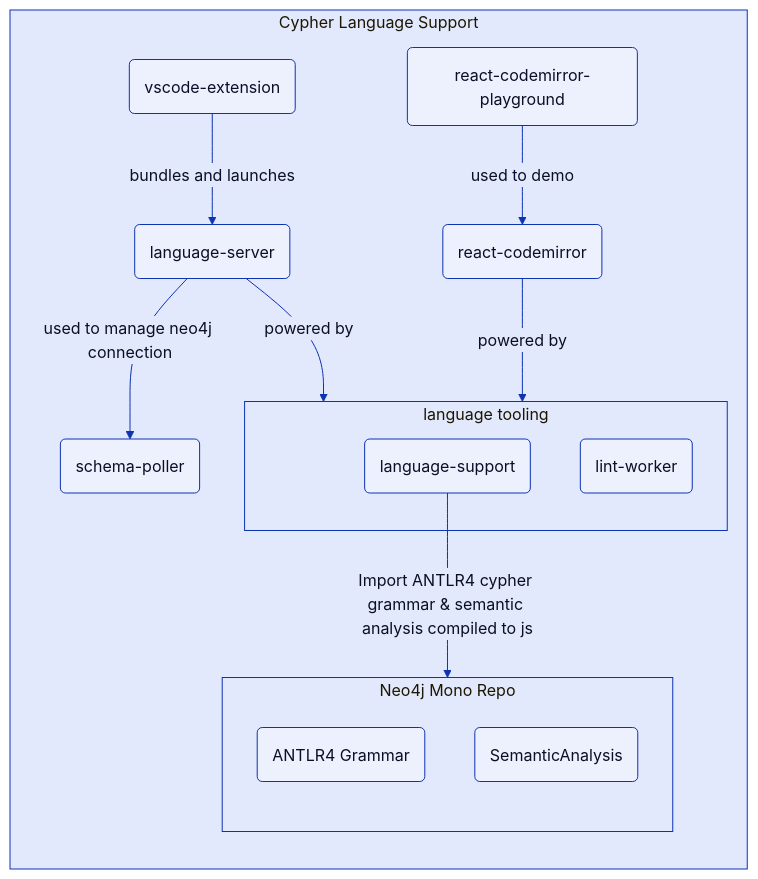
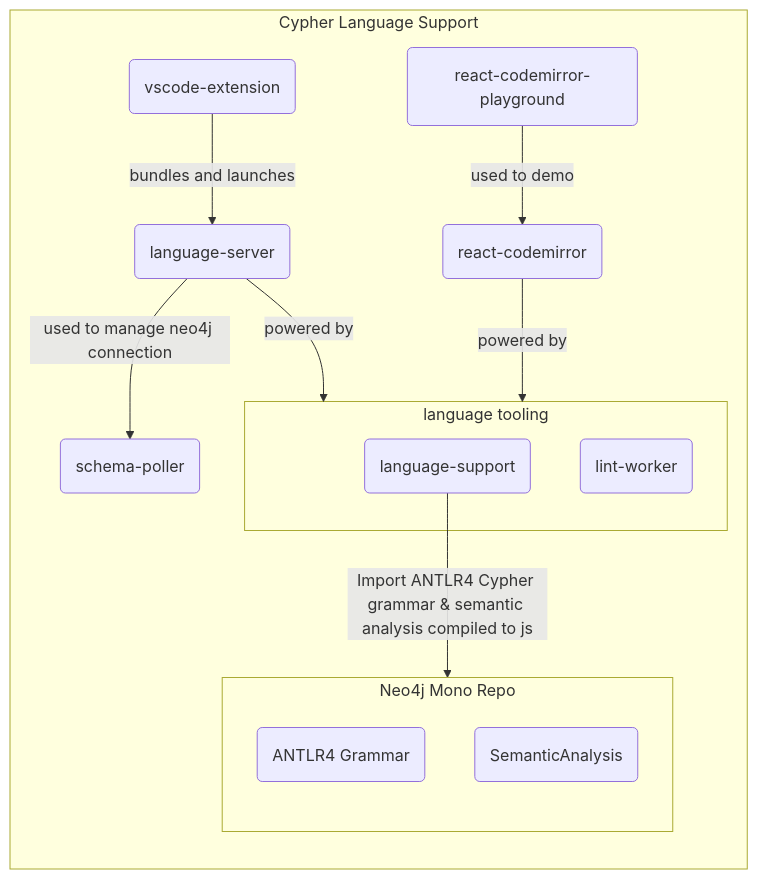
One commit to neo4j/cypher-language-support changed the diagram in README.md. Above: the diagram before and after it, drawn with Mermaid. The commit also changed other lines of this file and 9 other files, not shown here.

````diff
--- a/README.md
+++ b/README.md
@@ -13,46 +27,33 @@
 ```mermaid
----
-config:
-  theme: 'base'
-  themeVariables:
-    primaryColor: '#EDF0FD'
-    primaryTextColor: '#0A0F25'
-    secondaryTextColor: '#0A0F25'
-    primaryBorderColor: '#0D32B2'
-    lineColor: '#0D32B2'
-    secondaryColor: '#E3E9FD'
-    tertiaryColor: '#E3E9FD'
-    tertiaryBorderColor: '#0D32B2'
----
 flowchart TD
     subgraph CLS[Cypher Language Support]
     direction TD
     VSE(vscode-extension)
     RCP(react-codemirror-playground)
     RCM(react-codemirror)
     LS(language-server)
     POLLER(schema-poller)
     
     subgraph LT[language tooling]
     LSUPPORT(language-support)
     LINTWORKER(lint-worker)
     end
 
 
 
     subgraph Neo4j [Neo4j Mono Repo]
     direction TD
     GRAMMAR(ANTLR4 Grammar)
     SA(SemanticAnalysis)
     end
 
     RCP -->|used to demo| RCM
     VSE -->|bundles and launches|LS
     LS -->|powered by|LT
     RCM -->|powered by|LT
     LS -->|used to manage neo4j connection|POLLER
 
 
-    LSUPPORT -->|Import ANTLR4 cypher grammar & semantic analysis compiled to js|Neo4j
+    LSUPPORT -->|Import ANTLR4 Cypher grammar & semantic analysis compiled to js|Neo4j
     end
 ```
````
